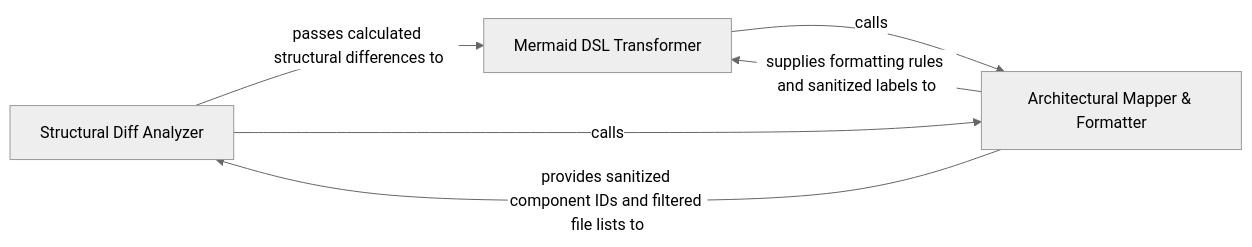
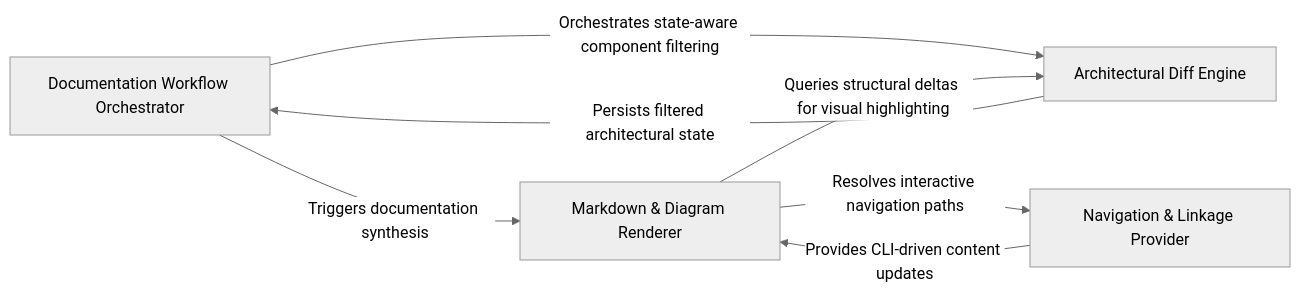
The third of 5 diagrams in docs/development/architecture.md (CodeBoarding/CodeBoarding-action), drawn with Mermaid (neutral theme) before and after one commit. The commit also changed other lines of this file and 14 other files, not shown here.

Commit message:
chore(codeboarding): sync architecture baseline

````diff
--- a/docs/development/architecture.md
+++ b/docs/development/architecture.md
@@ -347,11 +307,13 @@
 ```mermaid
 graph LR
-    Structural_Diff_Analyzer["Structural Diff Analyzer"]
-    Mermaid_DSL_Transformer["Mermaid DSL Transformer"]
-    Architectural_Mapper_Formatter["Architectural Mapper & Formatter"]
-    Architectural_Mapper_Formatter -- "provides sanitized component IDs and filtered file lists to" --> Structural_Diff_Analyzer
-    Structural_Diff_Analyzer -- "passes calculated structural differences to" --> Mermaid_DSL_Transformer
-    Architectural_Mapper_Formatter -- "supplies formatting rules and sanitized labels to" --> Mermaid_DSL_Transformer
-    Structural_Diff_Analyzer -- "calls" --> Architectural_Mapper_Formatter
-    Mermaid_DSL_Transformer -- "calls" --> Architectural_Mapper_Formatter
+    Documentation_Workflow_Orchestrator["Documentation Workflow Orchestrator"]
+    Architectural_Diff_Engine["Architectural Diff Engine"]
+    Markdown_Diagram_Renderer["Markdown & Diagram Renderer"]
+    Navigation_Linkage_Provider["Navigation & Linkage Provider"]
+    Documentation_Workflow_Orchestrator -- "Orchestrates state-aware component filtering" --> Architectural_Diff_Engine
+    Documentation_Workflow_Orchestrator -- "Triggers documentation synthesis" --> Markdown_Diagram_Renderer
+    Architectural_Diff_Engine -- "Persists filtered architectural state" --> Documentation_Workflow_Orchestrator
+    Markdown_Diagram_Renderer -- "Queries structural deltas for visual highlighting" --> Architectural_Diff_Engine
+    Markdown_Diagram_Renderer -- "Resolves interactive navigation paths" --> Navigation_Linkage_Provider
+    Navigation_Linkage_Provider -- "Provides CLI-driven content updates" --> Markdown_Diagram_Renderer
 ```
````
